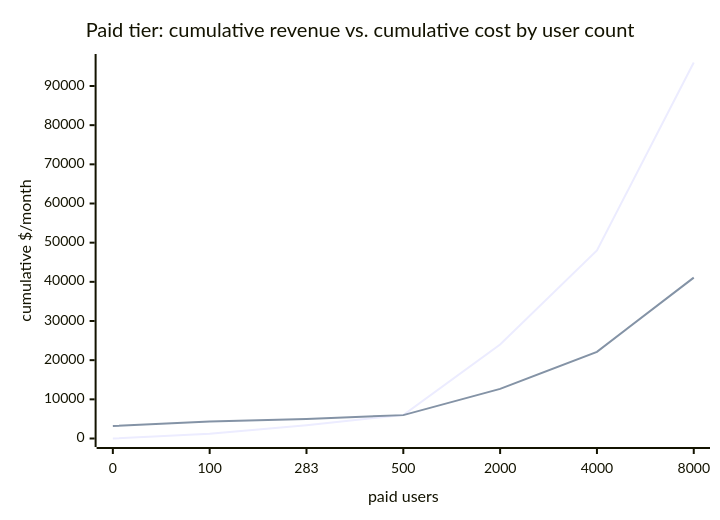
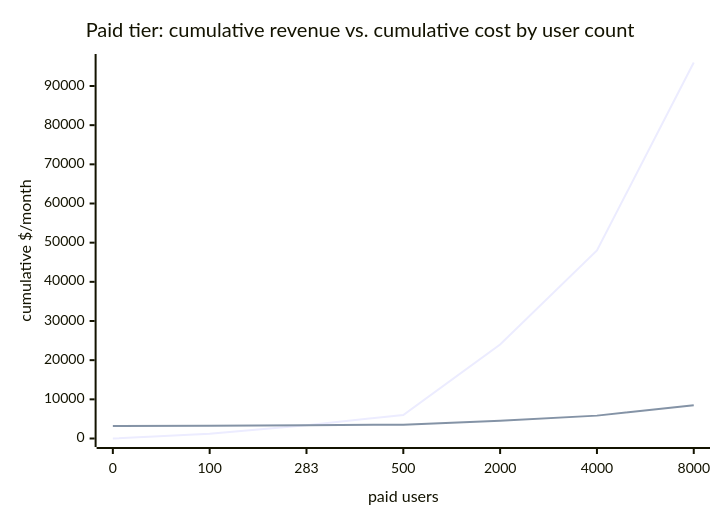
Before and after one commit to francoandreDev/knowledge: the diagram in src/content/applied-math/unit-economics/L3-deep-dive.mdx, drawn with Mermaid. The commit also changed 17 other files, not shown here.

````diff
--- a/src/content/applied-math/unit-economics/L3-deep-dive.mdx
+++ b/src/content/applied-math/unit-economics/L3-deep-dive.mdx
@@ -226,8 +226,8 @@
 ```mermaid
 xychart-beta
     title "Paid tier: cumulative revenue vs. cumulative cost by user count"
     x-axis "paid users" [0, 100, 283, 500, 2000, 4000, 8000]
     y-axis "cumulative $/month"
     line "revenue" [0, 1200, 3396, 6000, 24000, 48000, 96000]
-    line "cost" [3200, 4334, 5000, 5967, 12667, 22133, 41067]
+    line "cost" [3200, 3266, 3387, 3530, 4520, 5840, 8480]
 ```
````
